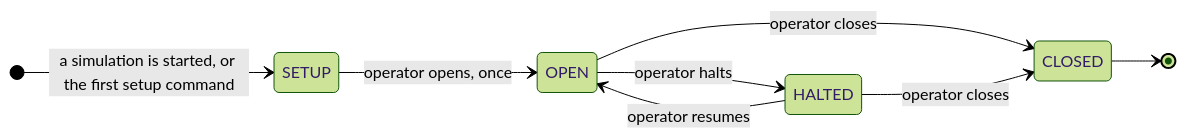
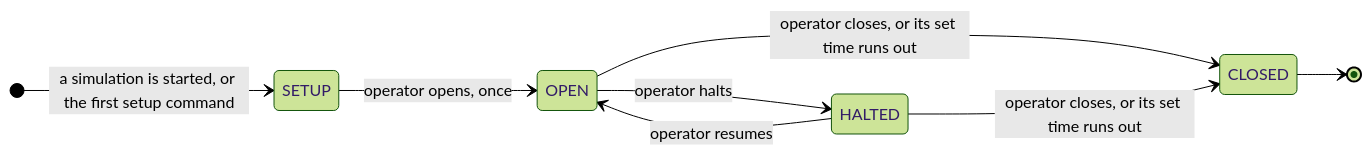
One commit to Princz-Mia/mini-stock-exchange changed the sixth of 9 diagrams in docs/architecture.md. Above: the diagram before and after it, drawn with Mermaid (forest theme). The commit also changed other lines of this file and 2 other files, not shown here.

First line of the commit message:
docs: describe a market opened for a set time and its scheduled close

````diff
--- a/docs/architecture.md
+++ b/docs/architecture.md
@@ -135,11 +135,11 @@
 ```mermaid
 stateDiagram-v2
   direction LR
   [*] --> SETUP: a simulation is started, or the first setup command
   SETUP --> OPEN: operator opens, once
   OPEN --> HALTED: operator halts
   HALTED --> OPEN: operator resumes
-  OPEN --> CLOSED: operator closes
-  HALTED --> CLOSED: operator closes
+  OPEN --> CLOSED: operator closes, or its set time runs out
+  HALTED --> CLOSED: operator closes, or its set time runs out
   CLOSED --> [*]
 ```
````
